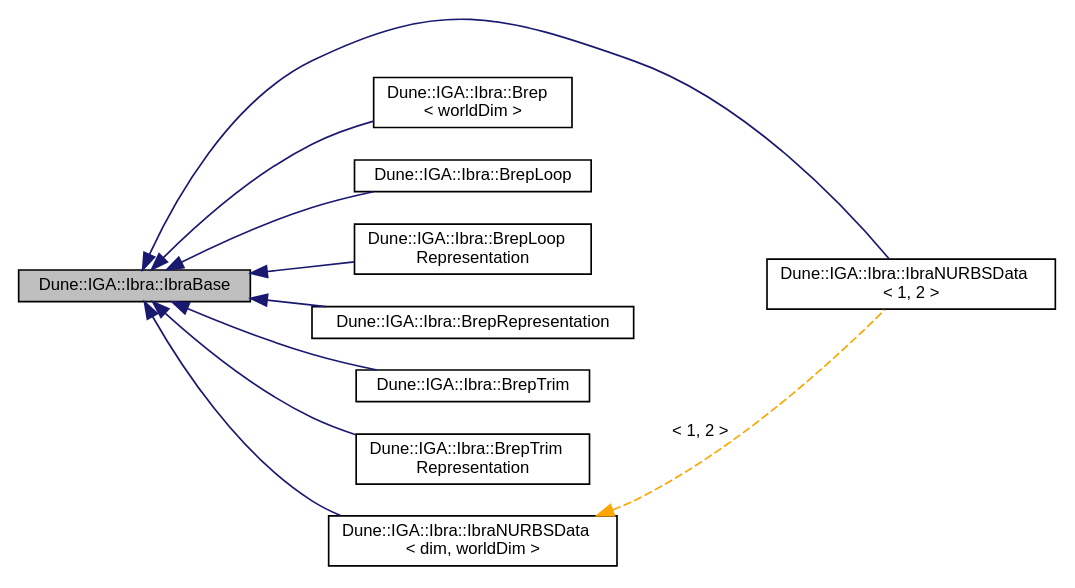
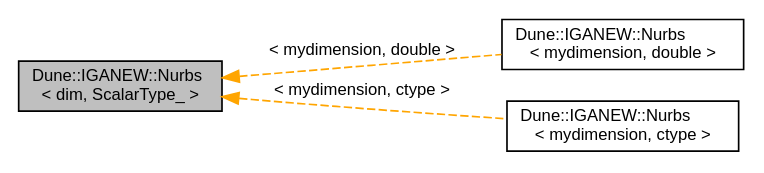
Before and after one commit to rath3t/dune-iga-doc: the diagram in db/db2/a01143.dot, drawn with Graphviz. The commit also changed 602 other files, not shown here.

Commit message:
deploy: rath3t/dune-iga@3f461609d07011847b1941b60779c1555a309028

```diff
--- a/db/db2/a01143.dot
+++ b/db/db2/a01143.dot
@@ -1,25 +1,12 @@
-digraph "Dune::IGA::Ibra::IbraBase"
+digraph "Dune::IGANEW::Nurbs&lt; dim, ScalarType_ &gt;"
 {
  // LATEX_PDF_SIZE
   edge [fontname="Helvetica",fontsize="10",labelfontname="Helvetica",labelfontsize="10"];
   node [fontname="Helvetica",fontsize="10",shape=record];
   rankdir="LR";
-  Node1 [label="Dune::IGA::Ibra::IbraBase",height=0.2,width=0.4,color="black", fillcolor="grey75", style="filled", fontcolor="black",tooltip=" "];
-  Node1 -> Node2 [dir="back",color="midnightblue",fontsize="10",style="solid",fontname="Helvetica"];
-  Node2 [label="Dune::IGA::Ibra::IbraNURBSData\l\< 1, 2 \>",height=0.2,width=0.4,color="black", fillcolor="white", style="filled",URL="$db/d17/a01148.html",tooltip=" "];
-  Node1 -> Node3 [dir="back",color="midnightblue",fontsize="10",style="solid",fontname="Helvetica"];
-  Node3 [label="Dune::IGA::Ibra::Brep\l\< worldDim \>",height=0.2,width=0.4,color="black", fillcolor="white", style="filled",URL="$d6/db6/a01172.html",tooltip=" "];
-  Node1 -> Node4 [dir="back",color="midnightblue",fontsize="10",style="solid",fontname="Helvetica"];
-  Node4 [label="Dune::IGA::Ibra::BrepLoop",height=0.2,width=0.4,color="black", fillcolor="white", style="filled",URL="$d2/dd2/a01164.html",tooltip=" "];
-  Node1 -> Node5 [dir="back",color="midnightblue",fontsize="10",style="solid",fontname="Helvetica"];
-  Node5 [label="Dune::IGA::Ibra::BrepLoop\lRepresentation",height=0.2,width=0.4,color="black", fillcolor="white", style="filled",URL="$da/d20/a01160.html",tooltip=" "];
-  Node1 -> Node6 [dir="back",color="midnightblue",fontsize="10",style="solid",fontname="Helvetica"];
-  Node6 [label="Dune::IGA::Ibra::BrepRepresentation",height=0.2,width=0.4,color="black", fillcolor="white", style="filled",URL="$d4/da6/a01168.html",tooltip=" "];
-  Node1 -> Node7 [dir="back",color="midnightblue",fontsize="10",style="solid",fontname="Helvetica"];
-  Node7 [label="Dune::IGA::Ibra::BrepTrim",height=0.2,width=0.4,color="black", fillcolor="white", style="filled",URL="$d9/d42/a01156.html",tooltip=" "];
-  Node1 -> Node8 [dir="back",color="midnightblue",fontsize="10",style="solid",fontname="Helvetica"];
-  Node8 [label="Dune::IGA::Ibra::BrepTrim\lRepresentation",height=0.2,width=0.4,color="black", fillcolor="white", style="filled",URL="$d9/d97/a01152.html",tooltip=" "];
-  Node1 -> Node9 [dir="back",color="midnightblue",fontsize="10",style="solid",fontname="Helvetica"];
-  Node9 [label="Dune::IGA::Ibra::IbraNURBSData\l\< dim, worldDim \>",height=0.2,width=0.4,color="black", fillcolor="white", style="filled",URL="$db/d17/a01148.html",tooltip=" "];
-  Node9 -> Node2 [dir="back",color="orange",fontsize="10",style="dashed",label=" \< 1, 2 \>" ,fontname="Helvetica"];
+  Node1 [label="Dune::IGANEW::Nurbs\l\< dim, ScalarType_ \>",height=0.2,width=0.4,color="black", fillcolor="grey75", style="filled", fontcolor="black",tooltip="A dim dimensional NURBS function."];
+  Node1 -> Node2 [dir="back",color="orange",fontsize="10",style="dashed",label=" \< mydimension, double \>" ,fontname="Helvetica"];
+  Node2 [label="Dune::IGANEW::Nurbs\l\< mydimension, double \>",height=0.2,width=0.4,color="black", fillcolor="white", style="filled",URL="$db/d51/a01144.html",tooltip=" "];
+  Node1 -> Node3 [dir="back",color="orange",fontsize="10",style="dashed",label=" \< mydimension, ctype \>" ,fontname="Helvetica"];
+  Node3 [label="Dune::IGANEW::Nurbs\l\< mydimension, ctype \>",height=0.2,width=0.4,color="black", fillcolor="white", style="filled",URL="$db/d51/a01144.html",tooltip=" "];
 }
```
